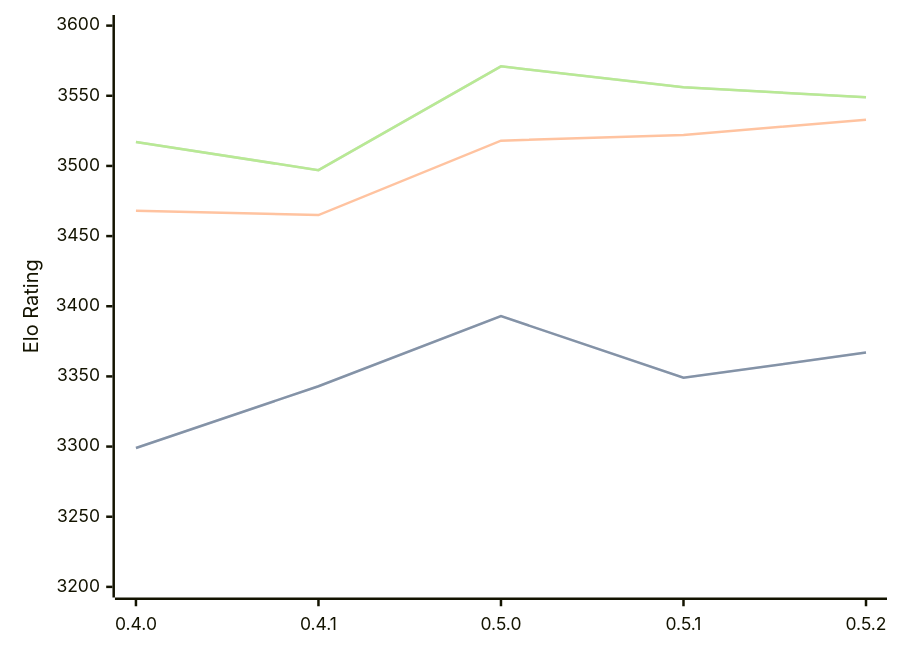
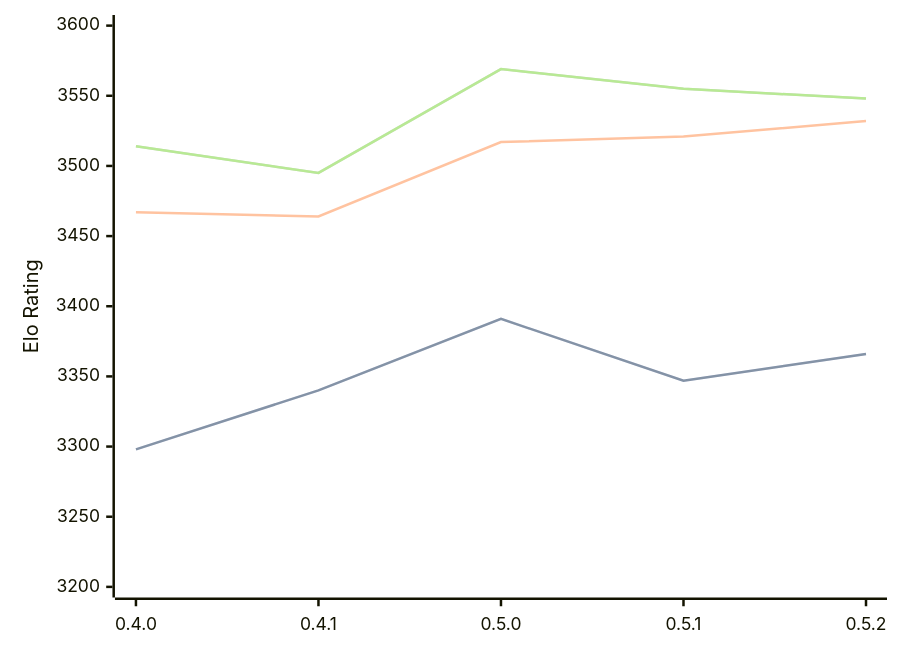
One commit to computer-chess-index/cci changed the diagram in engines/Cinder.md. Above: the diagram before and after it, drawn with Mermaid. The commit also changed other lines of this file, not shown here.

Commit message:
Update CCI Ratings (ELO VLTC) - 2026-08-12

````diff
--- a/engines/Cinder.md
+++ b/engines/Cinder.md
@@ -36,11 +36,11 @@
 ```mermaid
 %%{init: {"theme":"base","themeVariables":{"seriesColors:['#a3a3a3','#222221','#faa371']}}}%%
 xychart-beta
   x-axis ["0.4.0", "0.4.1", "0.5.0", "0.5.1", "0.5.2"]
   y-axis "Elo Rating" 3200 --> 3600
-  line "STC (8.0+0.08s)" [3299, 3343, 3393, 3349, 3367]
-  line "STC (8.0+0.08s)" [3299, 3343, 3393, 3349, 3367]
-  line "LTC (60.0+0.60s)" [3468, 3465, 3518, 3522, 3533]
-  line "VLTC (2m24s+1.12s)" [3517, 3497, 3571, 3556, 3549]
-  line "VLTC (2m24s+1.12s)" [3517, 3497, 3571, 3556, 3549]
+  line "STC (8.0+0.08s)" [3298, 3340, 3391, 3347, 3366]
+  line "STC (8.0+0.08s)" [3298, 3340, 3391, 3347, 3366]
+  line "LTC (60.0+0.60s)" [3467, 3464, 3517, 3521, 3532]
+  line "VLTC (2m24s+1.12s)" [3514, 3495, 3569, 3555, 3548]
+  line "VLTC (2m24s+1.12s)" [3514, 3495, 3569, 3555, 3548]
 ```
````
